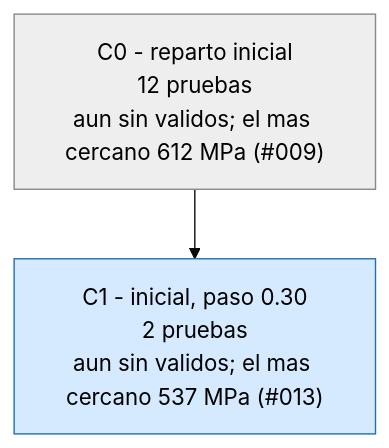
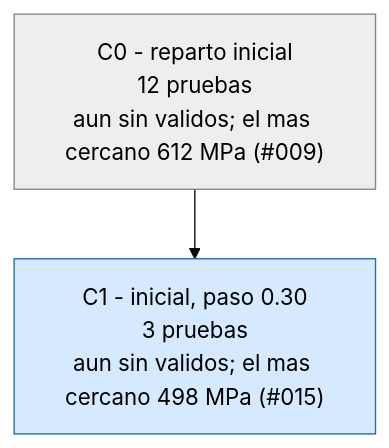
One commit to Hugiko/msd-soporte-optimizacion changed the third of 3 diagrams in runs/opt_37800N/ARBOL.md. Above: the diagram before and after it, drawn with Mermaid (base theme). The commit also changed 22 other files, not shown here.

````diff
--- a/runs/opt_37800N/ARBOL.md
+++ b/runs/opt_37800N/ARBOL.md
@@ -33,9 +33,9 @@
 ```mermaid
 graph TD
 classDef activa fill:#d6eaff,stroke:#1f6fb5,color:#000
 classDef fin fill:#eeeeee,stroke:#888,color:#000
 classDef mejor fill:#c8f0c0,stroke:#1a9850,stroke-width:4px,color:#000
 C0["C0 - reparto inicial<br/>12 pruebas<br/>aun sin validos; el mas cercano 612 MPa (#009)"]:::fin
-C1["C1 - inicial, paso 0.30<br/>2 pruebas<br/>aun sin validos; el mas cercano 537 MPa (#013)"]:::activa
+C1["C1 - inicial, paso 0.30<br/>3 pruebas<br/>aun sin validos; el mas cercano 498 MPa (#015)"]:::activa
 C0 --> C1
 ```
````
